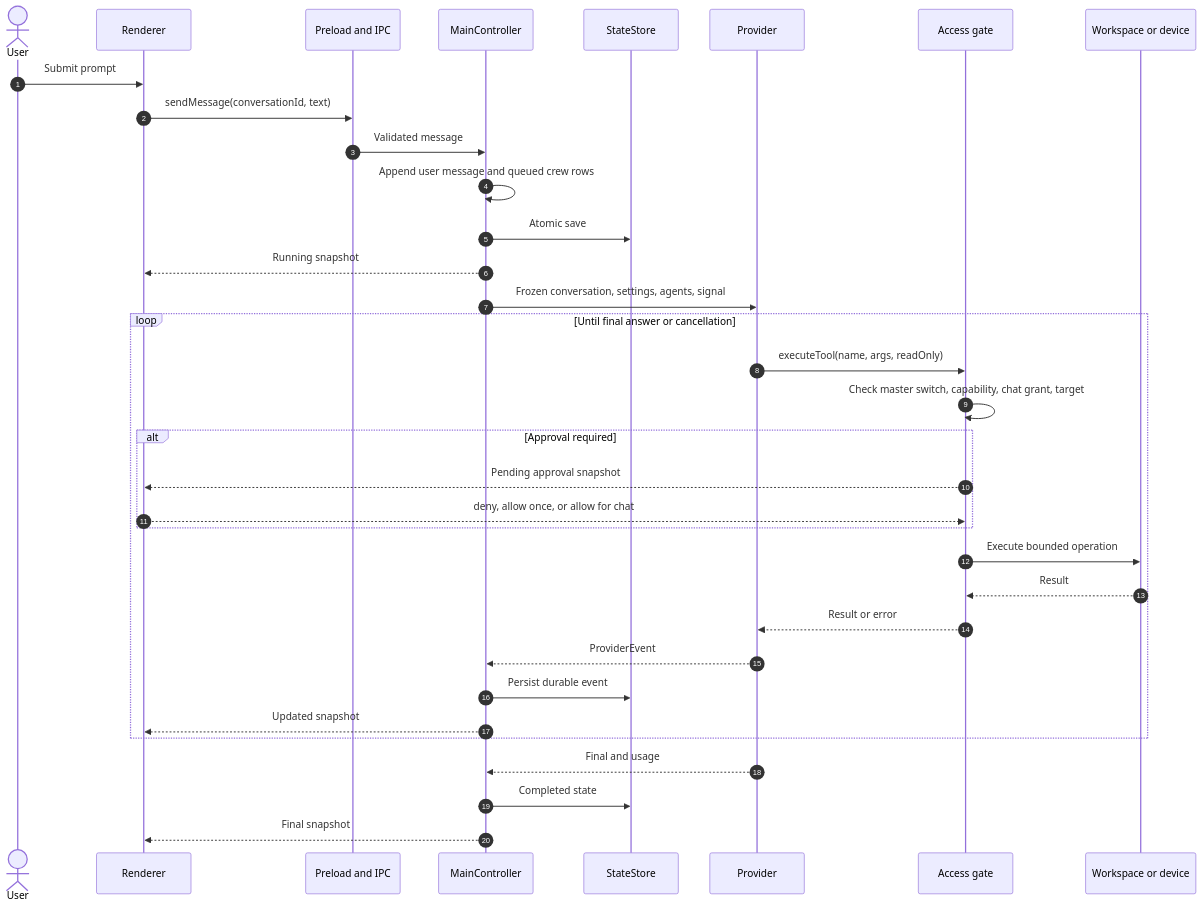
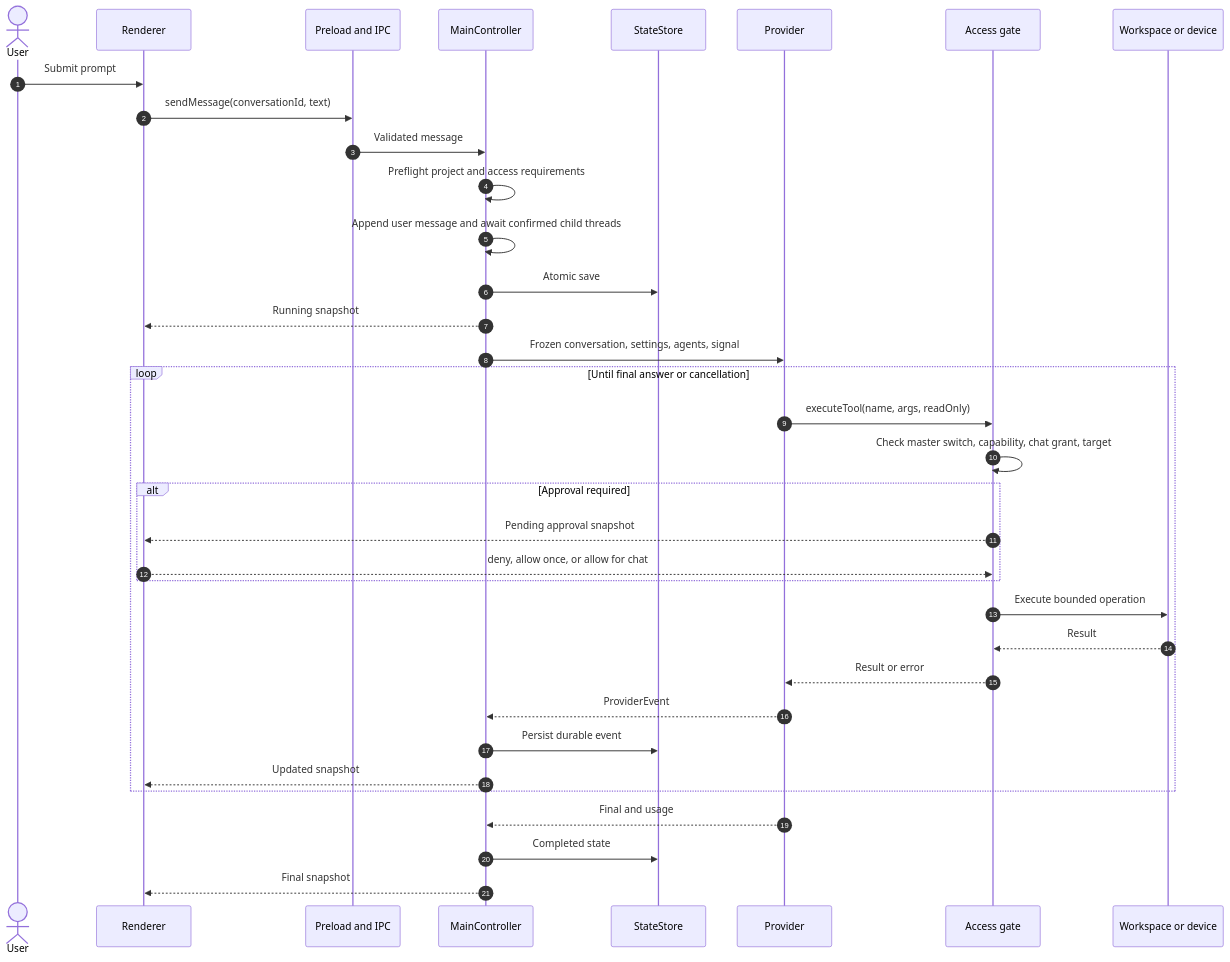
Before and after one commit to ferreiratechnology2025-max/grokky-clean: the fourth of 11 diagrams in docs/ARCHITECTURE.md, drawn with Mermaid. The commit also changed other lines of this file and 38 other files, not shown here.

````diff
--- a/docs/ARCHITECTURE.md
+++ b/docs/ARCHITECTURE.md
@@ -117,39 +117,40 @@
 ```mermaid
 sequenceDiagram
   autonumber
   actor U as User
   participant UI as Renderer
   participant IPC as Preload and IPC
   participant MC as MainController
   participant ST as StateStore
   participant PS as Provider
   participant AC as Access gate
   participant WS as Workspace or device
 
   U->>UI: Submit prompt
   UI->>IPC: sendMessage(conversationId, text)
   IPC->>MC: Validated message
-  MC->>MC: Append user message and queued crew rows
+  MC->>MC: Preflight project and access requirements
+  MC->>MC: Append user message and await confirmed child threads
   MC->>ST: Atomic save
   MC-->>UI: Running snapshot
   MC->>PS: Frozen conversation, settings, agents, signal
 
   loop Until final answer or cancellation
     PS->>AC: executeTool(name, args, readOnly)
     AC->>AC: Check master switch, capability, chat grant, target
     alt Approval required
       AC-->>UI: Pending approval snapshot
       UI-->>AC: deny, allow once, or allow for chat
     end
     AC->>WS: Execute bounded operation
     WS-->>AC: Result
     AC-->>PS: Result or error
     PS-->>MC: ProviderEvent
     MC->>ST: Persist durable event
     MC-->>UI: Updated snapshot
   end
 
   PS-->>MC: Final and usage
   MC->>ST: Completed state
   MC-->>UI: Final snapshot
 ```
````
